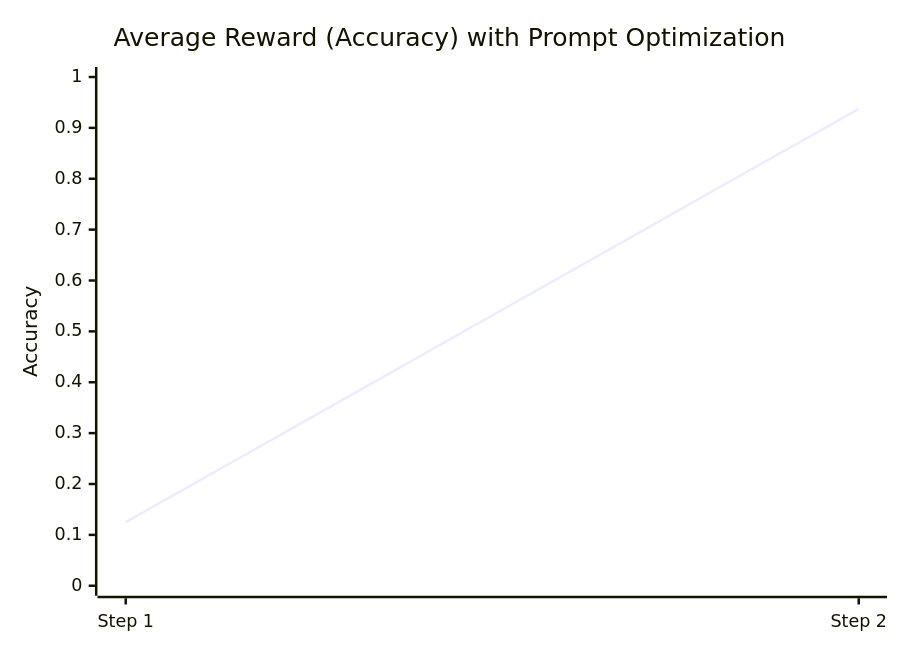
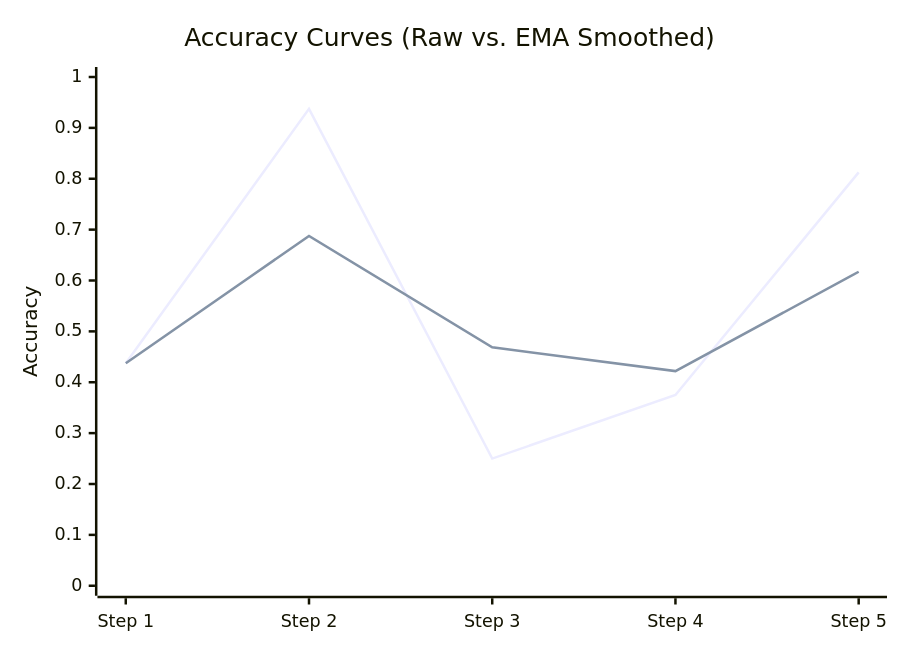
Before and after one commit to ishamdo/rl-on-ray-gke: the fourth of 4 diagrams in DASHBOARD.md, drawn with Mermaid. The commit also changed other lines of this file, not shown here.

Commit message:
Update DASHBOARD.md with gradual learning curve metrics and double line charts

````diff
--- a/DASHBOARD.md
+++ b/DASHBOARD.md
@@ -122,7 +127,8 @@
 ```mermaid
 xychart-beta
-    title "Average Reward (Accuracy) with Prompt Optimization"
-    x-axis ["Step 1", "Step 2"]
+    title "Accuracy Curves (Raw vs. EMA Smoothed)"
+    x-axis ["Step 1", "Step 2", "Step 3", "Step 4", "Step 5"]
     y-axis "Accuracy" 0 --> 1.0
-    line [0.125, 0.9375]
+    line [0.4375, 0.9375, 0.2500, 0.3750, 0.8125]
+    line [0.4375, 0.6875, 0.4688, 0.4219, 0.6172]
 ```
````
